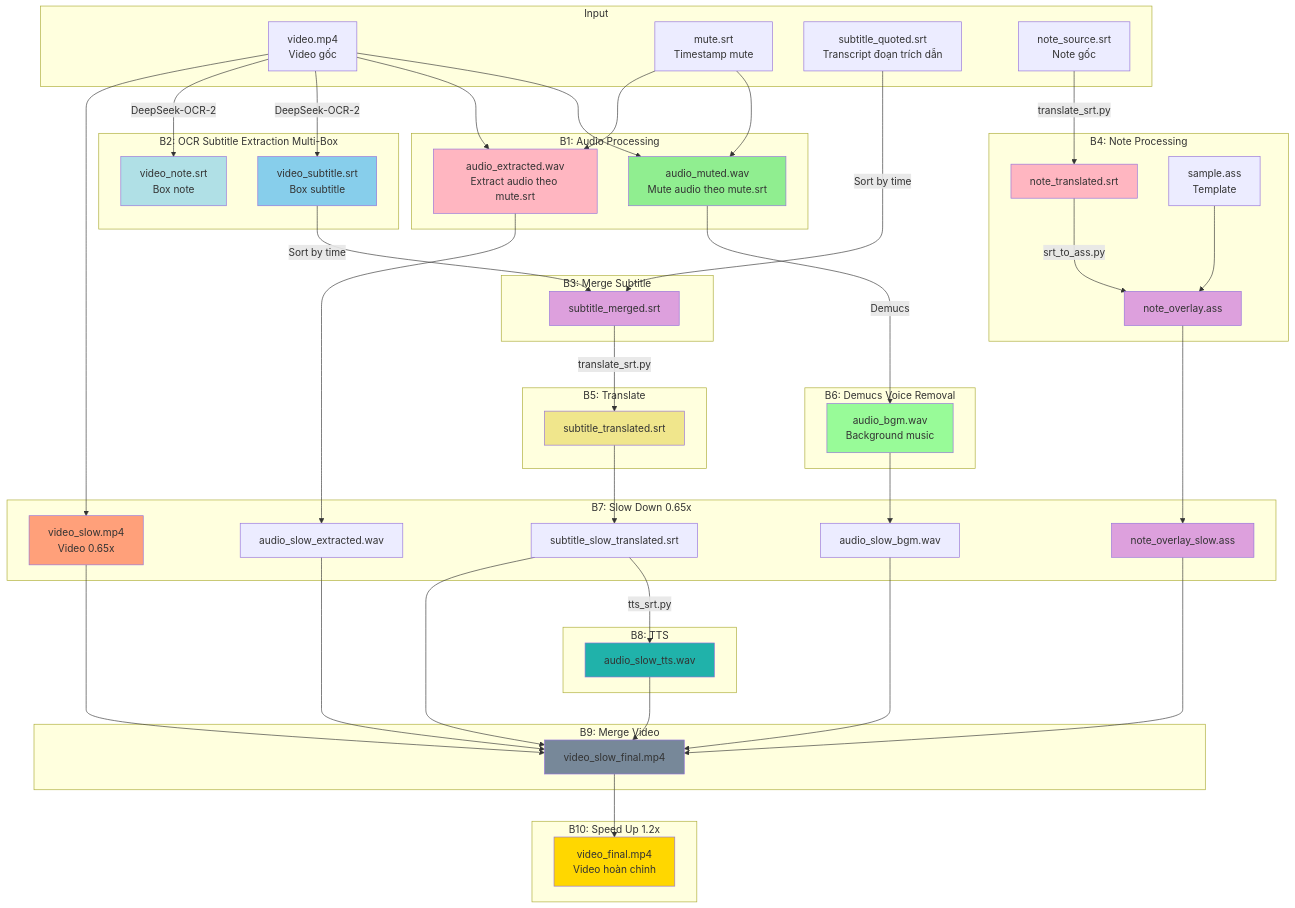
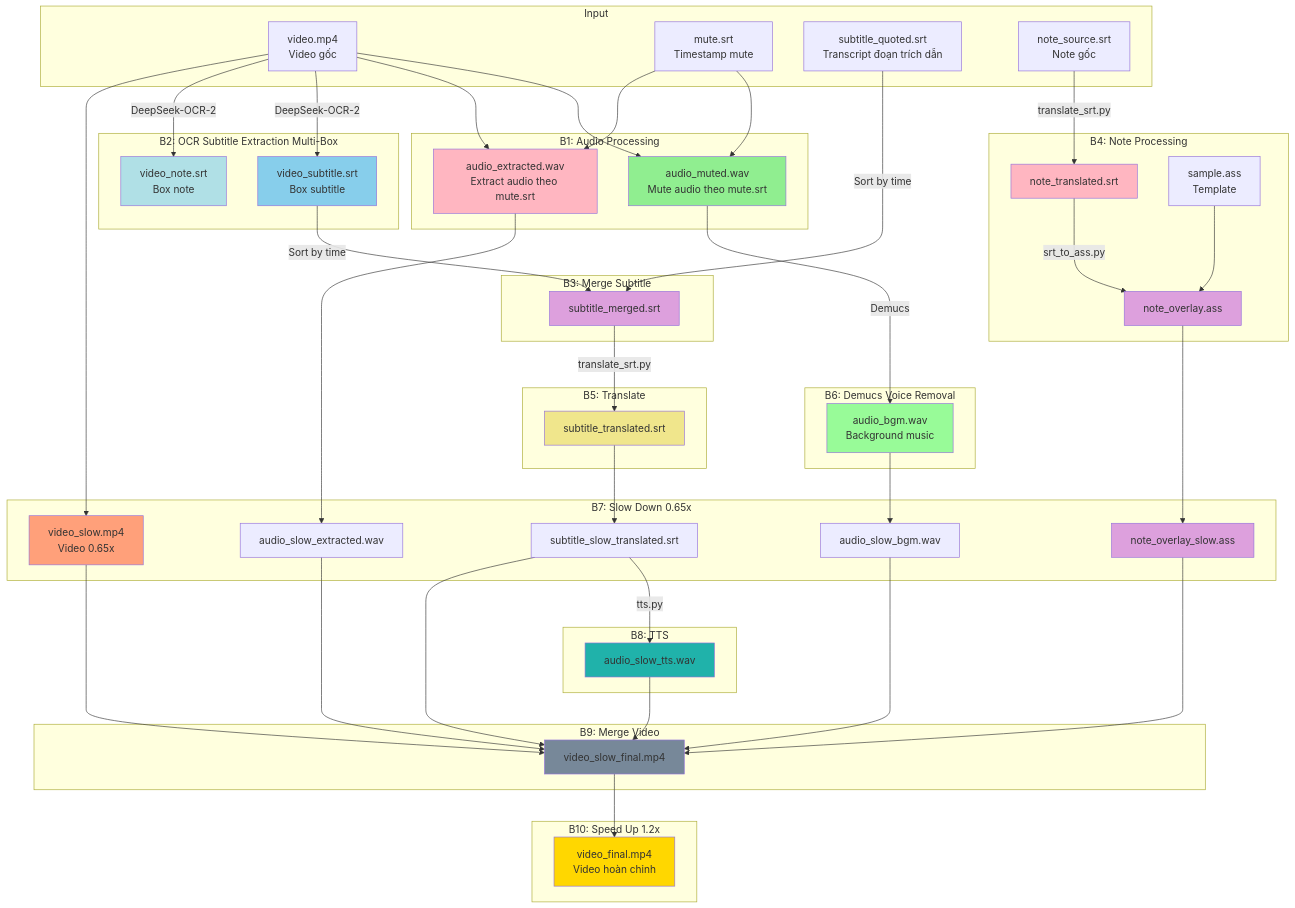
Before and after one commit to ThanhVoKim/CharenjiZukan: the second of 3 diagrams in docs/workflow.md, drawn with Mermaid. The commit also changed other lines of this file and 9 other files, not shown here.

Commit message:
Refactor cli/tts_srt.py → cli/tts.py — Hỗ trợ YAML config, QwenTTS, và batch JSON

````diff
--- a/docs/workflow.md
+++ b/docs/workflow.md
@@ -51,80 +51,80 @@
 ```mermaid
 flowchart TB
     subgraph Input
         V[video.mp4<br>Video gốc]
         MS[mute.srt<br>Timestamp mute]
         SQ[subtitle_quoted.srt<br>Transcript đoạn trích dẫn]
         NS[note_source.srt<br>Note gốc]
     end
 
     subgraph "B1: Audio Processing"
         V --> AM[audio_muted.wav<br>Mute audio theo mute.srt]
         V --> AE[audio_extracted.wav<br>Extract audio theo mute.srt]
         MS --> AM
         MS --> AE
     end
 
     subgraph "B2: OCR Subtitle Extraction Multi-Box"
         V --> |DeepSeek-OCR-2| SC[video_subtitle.srt<br>Box subtitle]
         V --> |DeepSeek-OCR-2| SN[video_note.srt<br>Box note]
     end
 
     subgraph "B3: Merge Subtitle"
         SC --> |Sort by time| SMT[subtitle_merged.srt]
         SQ --> |Sort by time| SMT
     end
 
     subgraph "B4: Note Processing"
         NS --> |translate_srt.py| NT[note_translated.srt]
         NT --> |srt_to_ass.py| NO[note_overlay.ass]
         TMP[sample.ass<br>Template] --> NO
     end
 
     subgraph "B5: Translate"
         SMT --> |translate_srt.py| ST[subtitle_translated.srt]
     end
 
     subgraph "B6: Demucs Voice Removal"
         AM --> |Demucs| AB[audio_bgm.wav<br>Background music]
     end
 
     subgraph "B7: Slow Down 0.65x"
         V --> VS[video_slow.mp4<br>Video 0.65x]
         AE --> AES[audio_slow_extracted.wav]
         AB --> ABS[audio_slow_bgm.wav]
         ST --> STS[subtitle_slow_translated.srt]
         NO --> NOS[note_overlay_slow.ass]
     end
 
     subgraph "B8: TTS"
-        STS --> |tts_srt.py| AT[audio_slow_tts.wav]
+        STS --> |tts.py| AT[audio_slow_tts.wav]
     end
 
     subgraph "B9: Merge Video"
         VS --> VSF[video_slow_final.mp4]
         AES --> VSF
         ABS --> VSF
         AT --> VSF
         STS --> VSF
         NOS --> VSF
     end
 
     subgraph "B10: Speed Up 1.2x"
         VSF --> VF[video_final.mp4<br>Video hoàn chỉnh]
     end
 
     style AM fill:#90EE90
     style AE fill:#FFB6C1
     style SC fill:#87CEEB
     style SN fill:#B0E0E6
     style SMT fill:#DDA0DD
     style NT fill:#FFB6C1
     style NO fill:#DDA0DD
     style ST fill:#F0E68C
     style AB fill:#98FB98
     style VS fill:#FFA07A
     style NOS fill:#DDA0DD
     style AT fill:#20B2AA
     style VSF fill:#778899
     style VF fill:#FFD700
 ```
````
